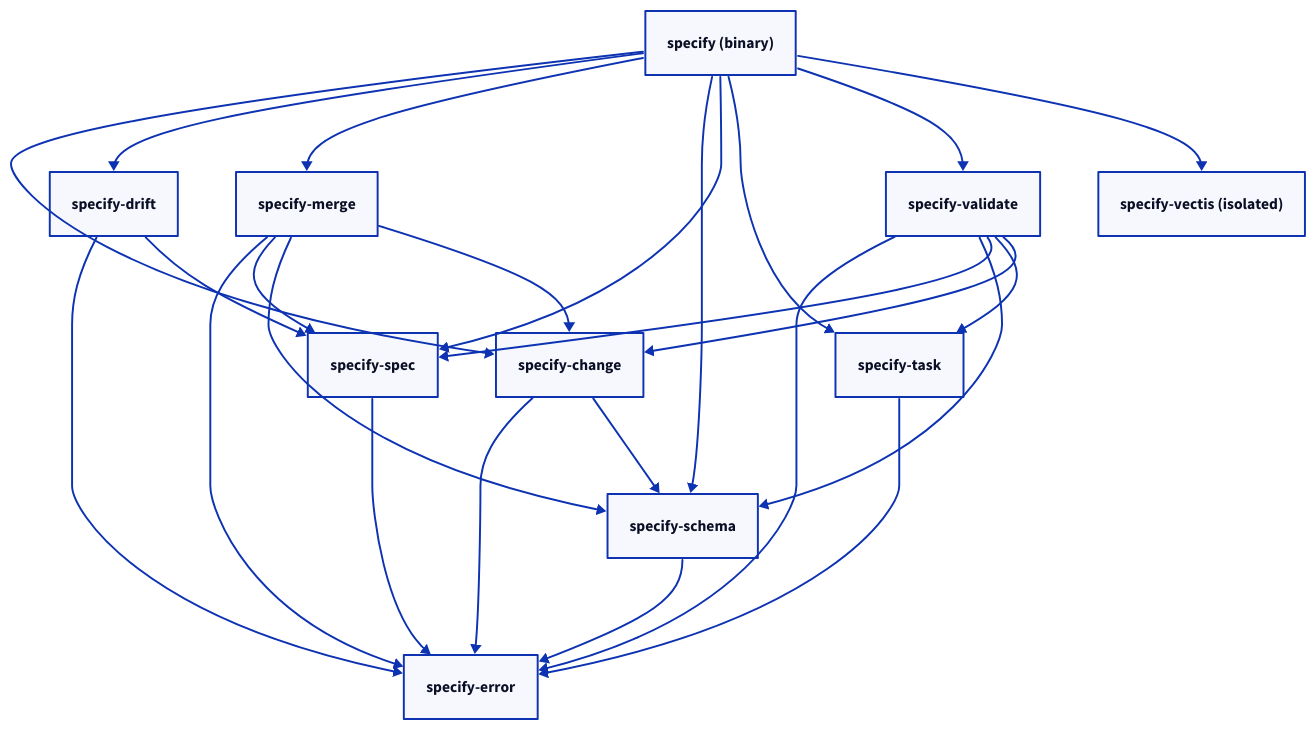
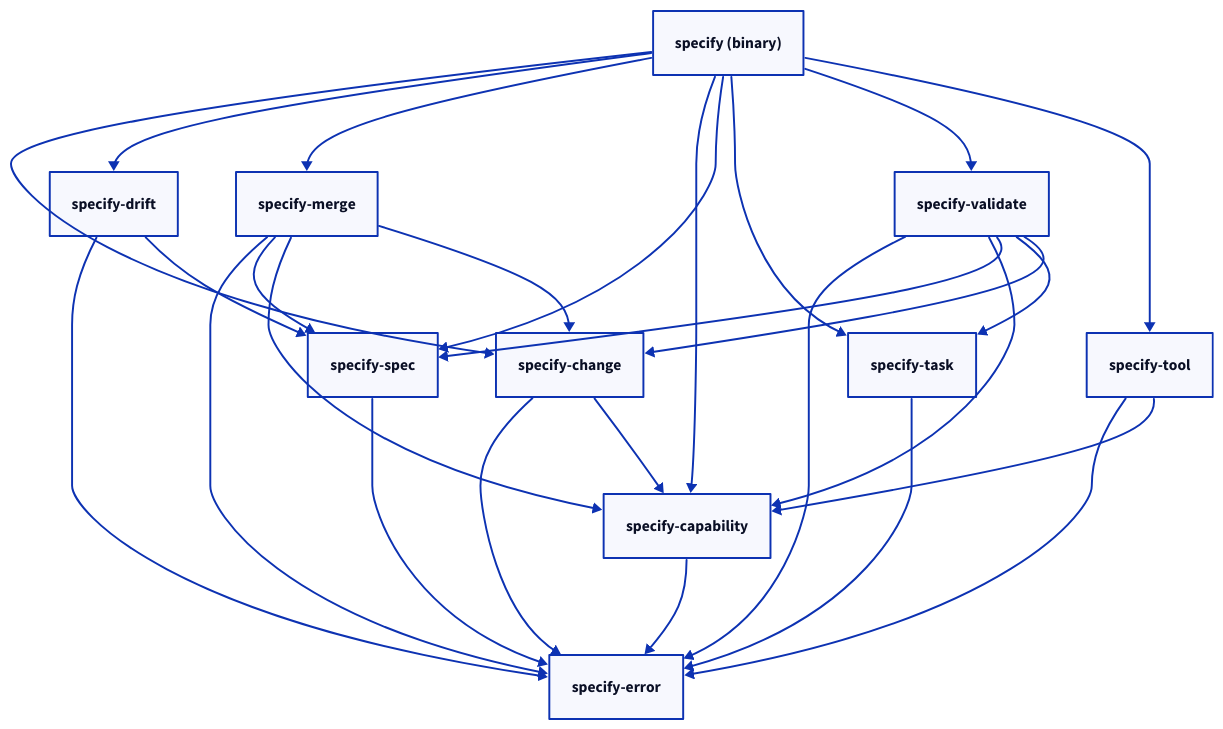
The diagram in docs/contributing/cli-architecture.md (augentic/anvil), drawn with D2 before and after one commit. The commit also changed other lines of this file and 609 other files, not shown here.

````diff
--- a/docs/contributing/cli-architecture.md
+++ b/docs/contributing/cli-architecture.md
@@ -24,42 +24,44 @@
 ```d2
 direction: down
 
 specify: "specify (binary)" {
   shape: rectangle
 }
 change: specify-change
 drift: specify-drift
 error: specify-error
 merge: specify-merge
-schema: specify-schema
+capability: specify-capability
 spec: specify-spec
 task: specify-task
 validate: specify-validate
-vectis: "specify-vectis (isolated)"
+tool: specify-tool
 
 specify -> change
 specify -> drift
 specify -> merge
-specify -> schema
+specify -> capability
 specify -> spec
 specify -> task
 specify -> validate
-specify -> vectis
+specify -> tool
 
 change -> error
-change -> schema
+change -> capability
 drift -> error
 drift -> spec
 merge -> error
 merge -> spec
-merge -> schema
+merge -> capability
 merge -> change
 validate -> error
-validate -> schema
+validate -> capability
 validate -> spec
 validate -> task
 validate -> change
+tool -> error
+tool -> capability
 spec -> error
 task -> error
-schema -> error
+capability -> error
 ```
````
